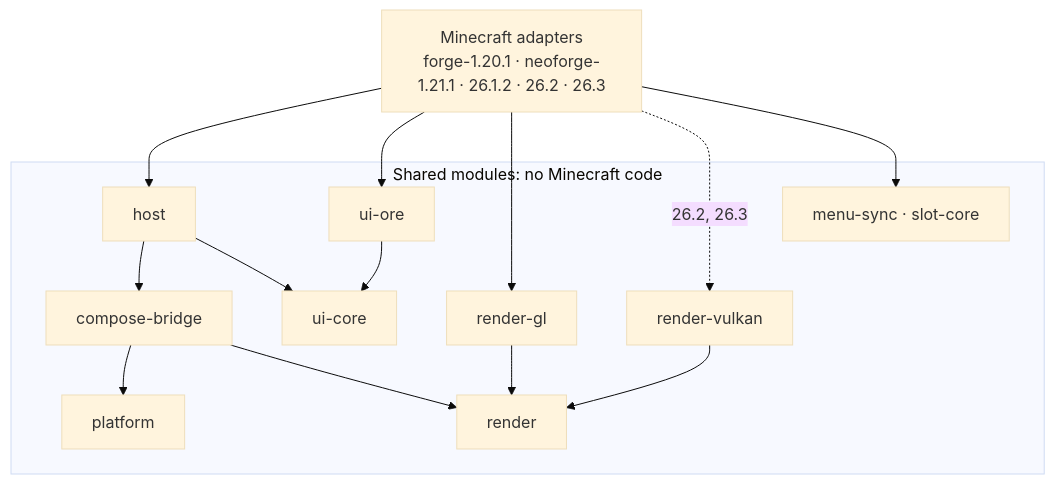
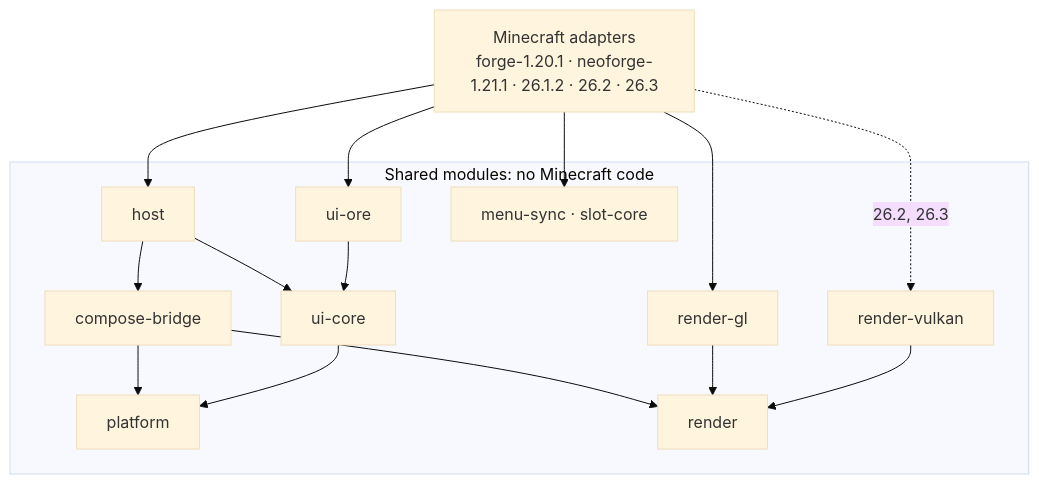
One commit to Frostbite-time/CompixelUI changed the first of 2 diagrams in docs/en/architecture.md. Above: the diagram before and after it, drawn with Mermaid (base theme). The commit also changed other lines of this file and 46 other files, not shown here.

````diff
--- a/docs/en/architecture.md
+++ b/docs/en/architecture.md
@@ -7,20 +7,21 @@
 ```mermaid
 flowchart TB
     adapter["Minecraft adapters<br/>forge-1.20.1 · neoforge-1.21.1 · 26.1.2 · 26.2 · 26.3"]
     subgraph shared["Shared modules: no Minecraft code"]
         host --> bridge[compose-bridge]
         bridge --> platform
         bridge --> render
         gl[render-gl] --> render
         vk[render-vulkan] --> render
         core[ui-core]
+        core --> platform
         host --> core
         ore[ui-ore] --> core
         sync["menu-sync · slot-core"]
     end
     adapter --> host
     adapter --> ore
     adapter --> gl
     adapter -.->|26.2, 26.3| vk
     adapter --> sync
 ```
````
